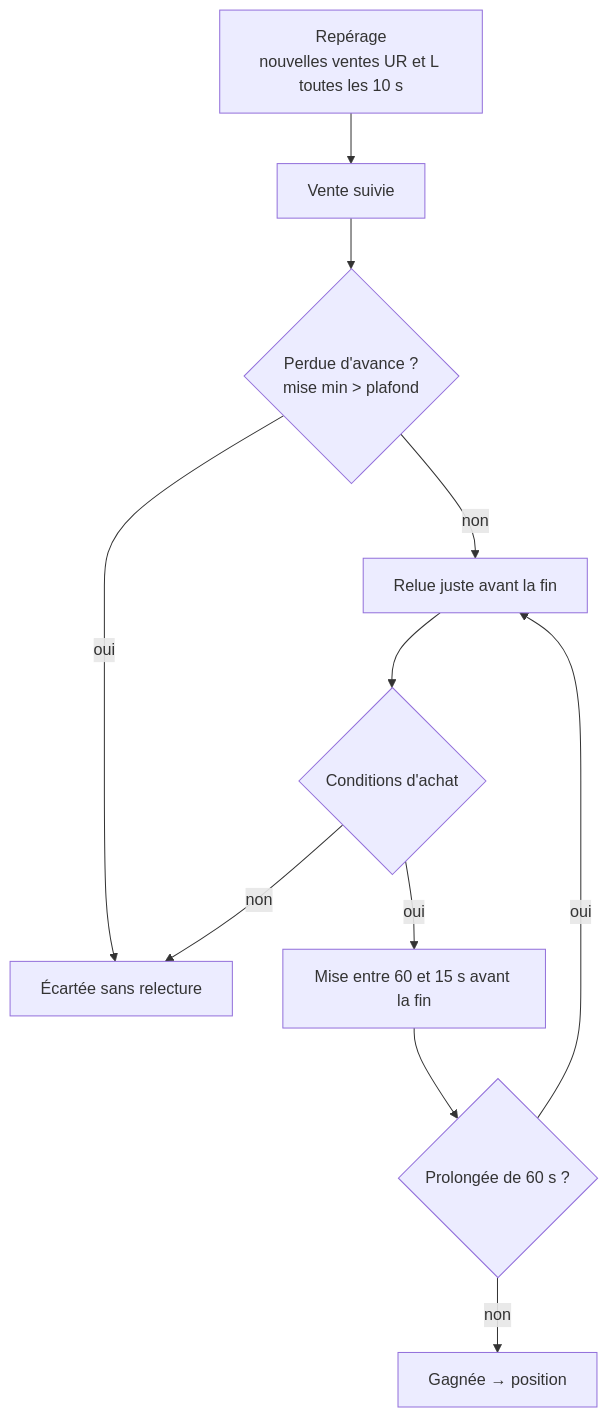
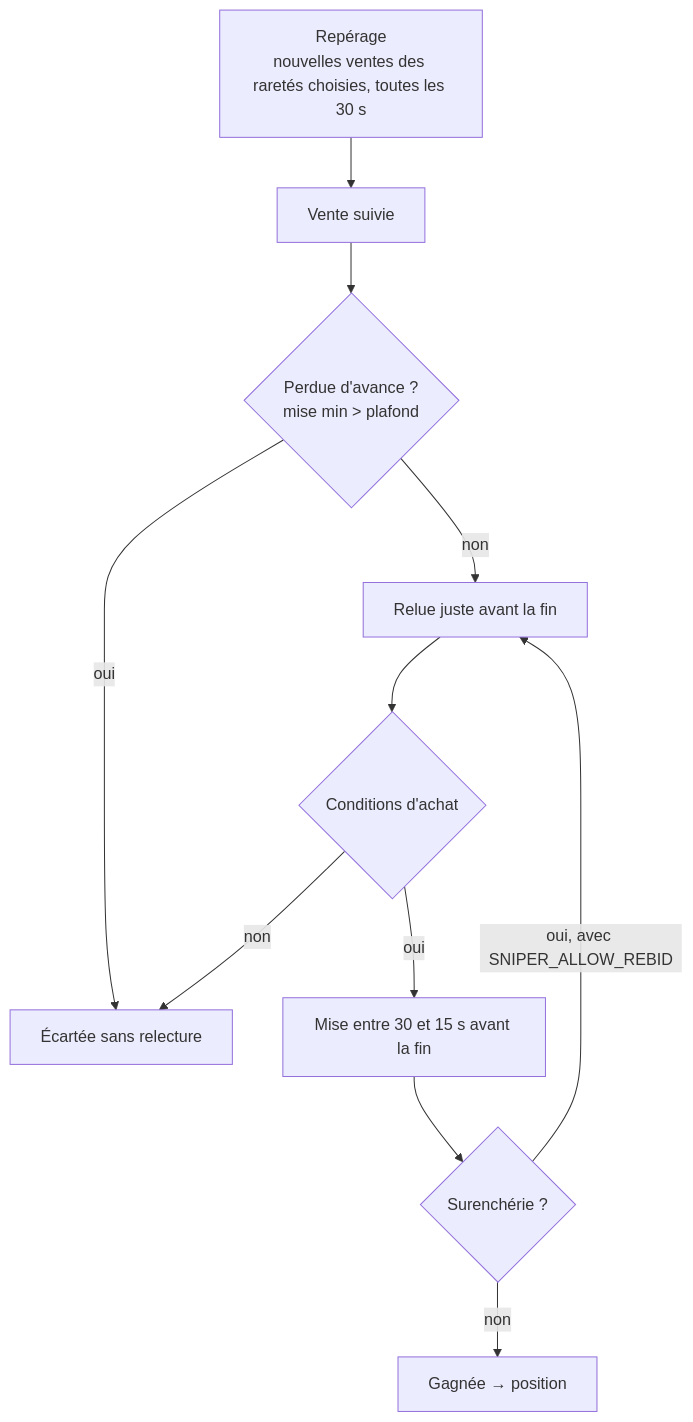
The third of 8 diagrams in docs/FONCTIONNEMENT.md (MaKSiiMe/WikiMastered), drawn with Mermaid before and after one commit. The commit also changed other lines of this file and 14 other files, not shown here.

````diff
--- a/docs/FONCTIONNEMENT.md
+++ b/docs/FONCTIONNEMENT.md
@@ -77,13 +79,13 @@
 ```mermaid
 flowchart TD
-    A["Repérage<br/>nouvelles ventes UR et L toutes les 10 s"] --> B["Vente suivie"]
+    A["Repérage<br/>nouvelles ventes des raretés choisies, toutes les 30 s"] --> B["Vente suivie"]
     B --> C{"Perdue d'avance ?<br/>mise min > plafond"}
     C -->|oui| X["Écartée sans relecture"]
     C -->|non| D["Relue juste avant la fin"]
     D --> E{"Conditions d'achat"}
     E -->|non| X
-    E -->|oui| F["Mise entre 60 et 15 s avant la fin"]
-    F --> G{"Prolongée de 60 s ?"}
-    G -->|oui| D
+    E -->|oui| F["Mise entre 30 et 15 s avant la fin"]
+    F --> G{"Surenchérie ?"}
+    G -->|"oui, avec SNIPER_ALLOW_REBID"| D
     G -->|non| H["Gagnée → position"]
 ```
````
